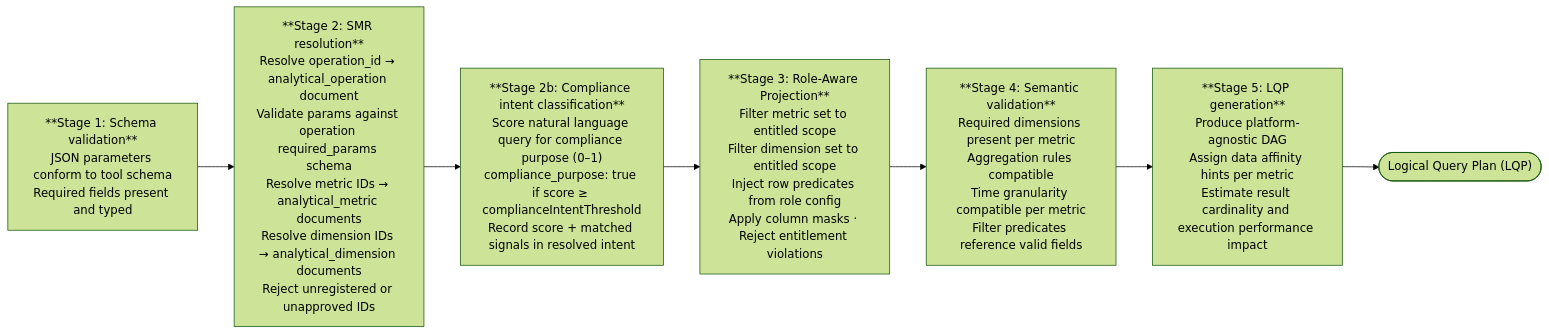
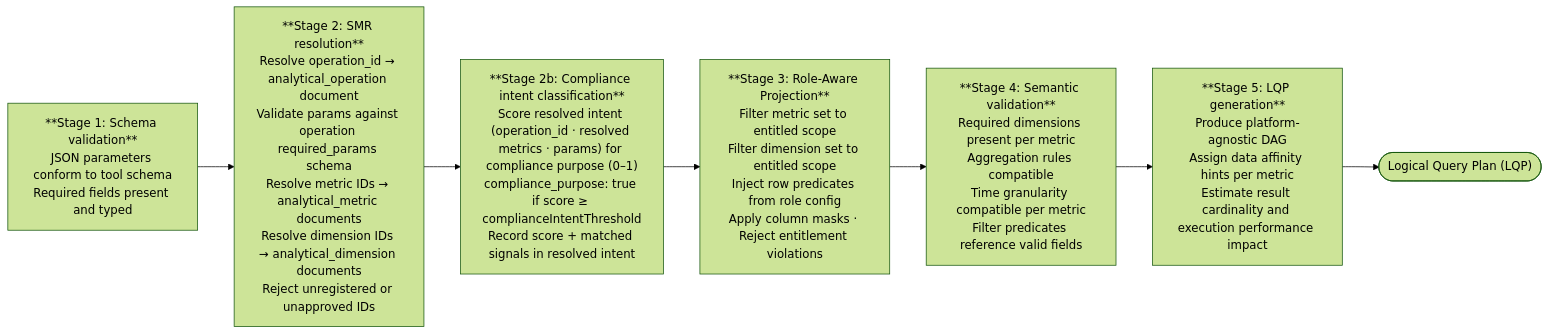
Before and after one commit to M-A-Operating-System/shared-work: the fourth of 8 diagrams in docs/product/analytics/02-core-capabilities.md, drawn with Mermaid (forest theme). The commit also changed other lines of this file, not shown here.

````diff
--- a/docs/product/analytics/02-core-capabilities.md
+++ b/docs/product/analytics/02-core-capabilities.md
@@ -544,12 +544,12 @@
 ```mermaid
 flowchart LR
     S1["**Stage 1: Schema validation**\nJSON parameters conform to tool schema\nRequired fields present and typed"]
     S2["**Stage 2: SMR resolution**\nResolve operation_id → analytical_operation document\nValidate params against operation required_params schema\nResolve metric IDs → analytical_metric documents\nResolve dimension IDs → analytical_dimension documents\nReject unregistered or unapproved IDs"]
-    S2b["**Stage 2b: Compliance intent classification**\nScore natural language query for compliance purpose (0–1)\ncompliance_purpose: true if score ≥ complianceIntentThreshold\nRecord score + matched signals in resolved intent"]
+    S2b["**Stage 2b: Compliance intent classification**\nScore resolved intent (operation_id · resolved metrics · params) for compliance purpose (0–1)\ncompliance_purpose: true if score ≥ complianceIntentThreshold\nRecord score + matched signals in resolved intent"]
     S3["**Stage 3: Role-Aware Projection**\nFilter metric set to entitled scope\nFilter dimension set to entitled scope\nInject row predicates from role config\nApply column masks · Reject entitlement violations"]
     S4["**Stage 4: Semantic validation**\nRequired dimensions present per metric\nAggregation rules compatible\nTime granularity compatible per metric\nFilter predicates reference valid fields"]
     S5["**Stage 5: LQP generation**\nProduce platform-agnostic DAG\nAssign data affinity hints per metric\nEstimate result cardinality and execution performance impact"]
     LQP(["Logical Query Plan (LQP)"])
 
     S1 --> S2 --> S2b --> S3 --> S4 --> S5 --> LQP
 ```
````
